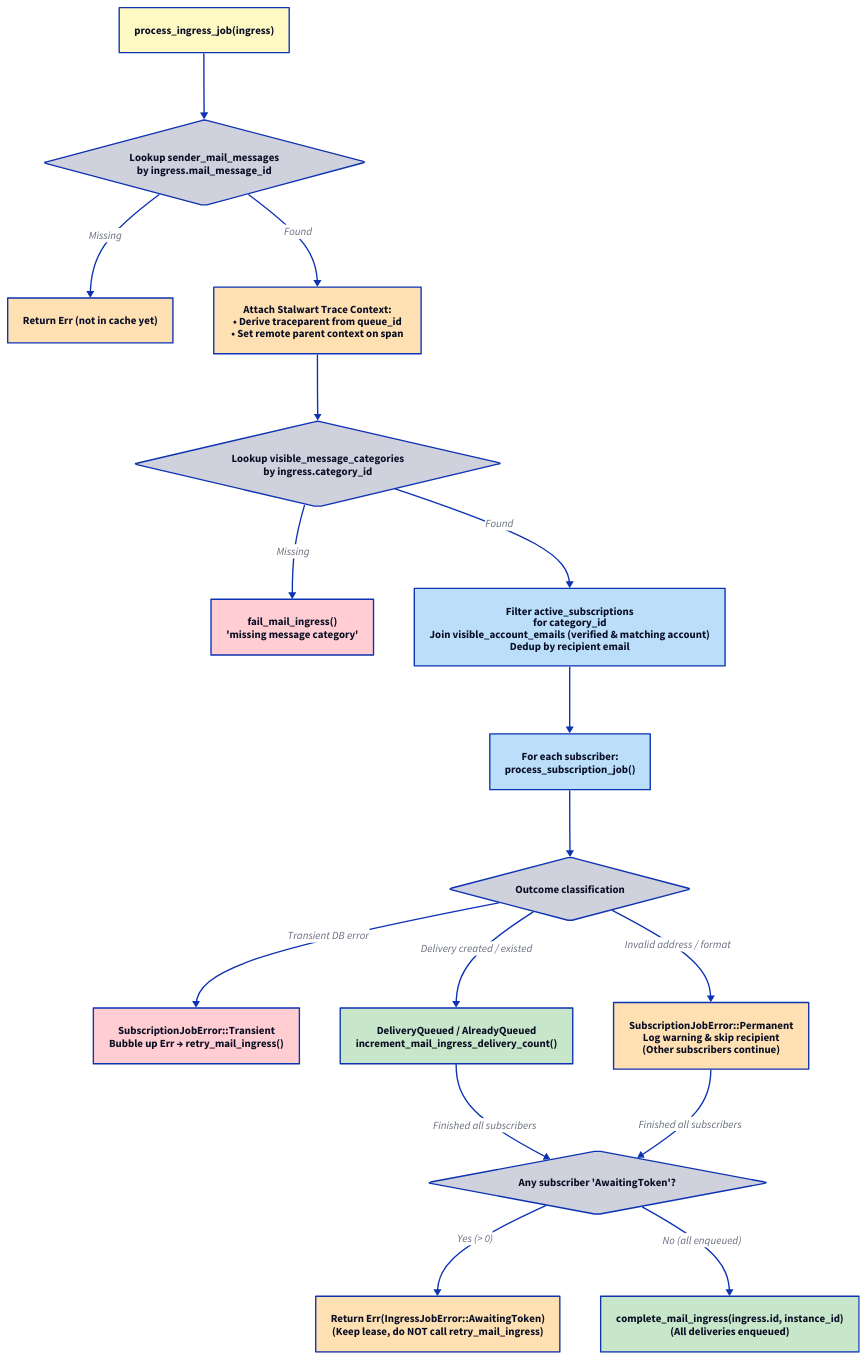
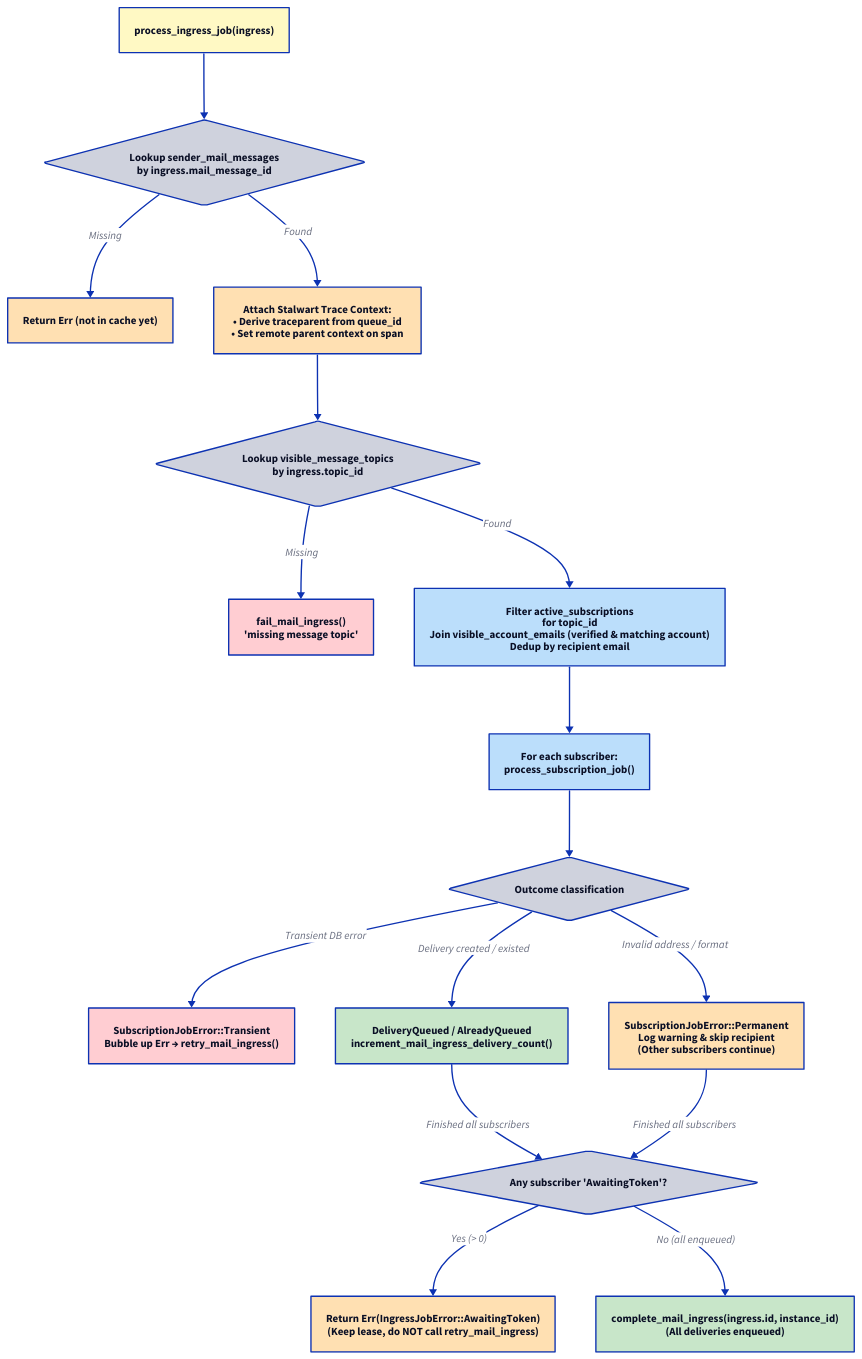
One commit to enaut/kommunikationszentrum changed the diagram in docs/src/core/sender/control-flow-ingress-job.d2. Above: the diagram before and after it, drawn with D2. The commit also changed 217 other files, not shown here.

```diff
--- a/docs/src/core/sender/control-flow-ingress-job.d2
+++ b/docs/src/core/sender/control-flow-ingress-job.d2
@@ -1,42 +1,42 @@
 direction: down
 
 start: "process_ingress_job(ingress)" { style.fill: "#fff9c4" }
 msg: "Lookup sender_mail_messages\nby ingress.mail_message_id" { shape: diamond }
 msg_err: "Return Err (not in cache yet)" { style.fill: "#ffe0b2" }
 
 trace_attach: "Attach Stalwart Trace Context:\n• Derive traceparent from queue_id\n• Set remote parent context on span" { style.fill: "#ffe0b2" }
 
-cat: "Lookup visible_message_categories\nby ingress.category_id" { shape: diamond }
-fail: "fail_mail_ingress()\n'missing message category'" { style.fill: "#ffcdd2" }
+topic: "Lookup visible_message_topics\nby ingress.topic_id" { shape: diamond }
+fail: "fail_mail_ingress()\n'missing message topic'" { style.fill: "#ffcdd2" }
 
-subs: "Filter active_subscriptions\nfor category_id\nJoin visible_account_emails (verified & matching account)\nDedup by recipient email" { style.fill: "#bbdefb" }
+subs: "Filter active_subscriptions\nfor topic_id\nJoin visible_account_emails (verified & matching account)\nDedup by recipient email" { style.fill: "#bbdefb" }
 
 loop_: "For each subscriber:\nprocess_subscription_job()" { style.fill: "#bbdefb" }
 
 err_check: "Outcome classification" { shape: diamond }
 trans_err: "SubscriptionJobError::Transient\nBubble up Err → retry_mail_ingress()" { style.fill: "#ffcdd2" }
 perm_err: "SubscriptionJobError::Permanent\nLog warning & skip recipient\n(Other subscribers continue)" { style.fill: "#ffe0b2" }
 queued: "DeliveryQueued / AlreadyQueued\nincrement_mail_ingress_delivery_count()" { style.fill: "#c8e6c9" }
 
 token_check: "Any subscriber 'AwaitingToken'?" { shape: diamond }
 token_wait: "Return Err(IngressJobError::AwaitingToken)\n(Keep lease, do NOT call retry_mail_ingress)" { style.fill: "#ffe0b2" }
 done: "complete_mail_ingress(ingress.id, instance_id)\n(All deliveries enqueued)" { style.fill: "#c8e6c9" }
 
 start -> msg
 msg -> msg_err: "Missing"
 msg -> trace_attach: "Found"
-trace_attach -> cat
-cat -> fail: "Missing"
-cat -> subs: "Found"
+trace_attach -> topic
+topic -> fail: "Missing"
+topic -> subs: "Found"
 subs -> loop_
 loop_ -> err_check
 
 err_check -> trans_err: "Transient DB error"
 err_check -> perm_err: "Invalid address / format"
 err_check -> queued: "Delivery created / existed"
 
 queued -> token_check: "Finished all subscribers"
 perm_err -> token_check: "Finished all subscribers"
 
 token_check -> token_wait: "Yes (> 0)"
 token_check -> done: "No (all enqueued)"
```
